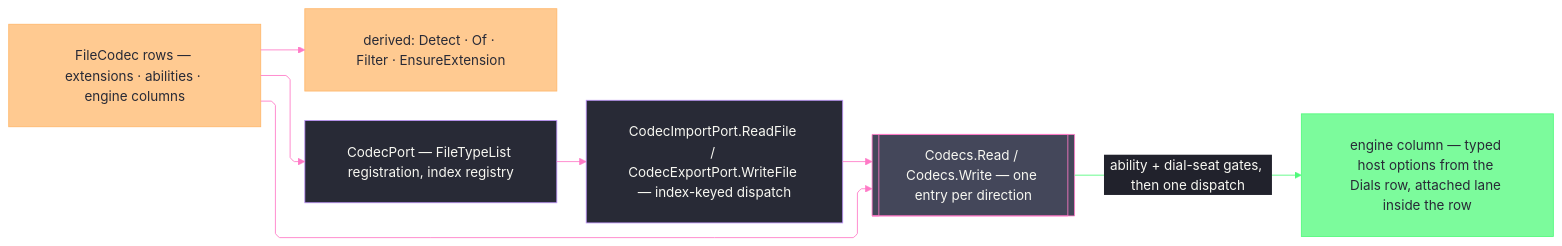
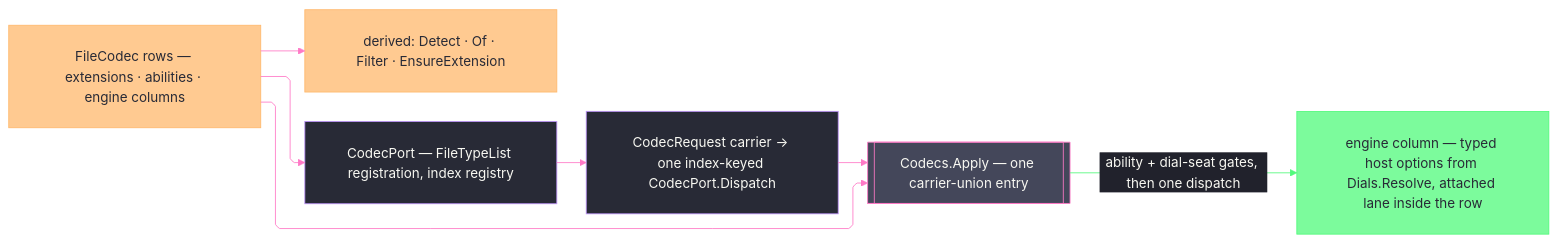
The diagram in libs/csharp/Rasm.Rhino/.planning/Exchange/formats.md (bsamiee/Rasm), drawn with Mermaid before and after one commit. The commit also changed other lines of this file and 70 other files, not shown here.

````diff
--- a/libs/csharp/Rasm.Rhino/.planning/Exchange/formats.md
+++ b/libs/csharp/Rasm.Rhino/.planning/Exchange/formats.md
@@ -455,43 +535,43 @@
 ```mermaid
 ---
 config:
   theme: base
   look: classic
   layout: elk
   flowchart:
     curve: linear
     padding: 25
   themeVariables:
     darkMode: true
     fontFamily: "SF Mono, Menlo, Cascadia Mono, Segoe UI Mono, Consolas, monospace"
     useGradient: false
     dropShadow: "none"
     background: "#282A36"
     primaryColor: "#44475A"
     primaryTextColor: "#F8F8F2"
     primaryBorderColor: "#BD93F9"
     lineColor: "#FF79C6"
     textColor: "#F8F8F2"
     edgeLabelBackground: "#21222C"
     labelBackgroundColor: "#21222C"
   themeCSS: ".nodeLabel{font-size:13px;font-weight:500}.edgeLabel{font-size:12px;font-weight:500}.cluster-label .nodeLabel{font-size:13.5px;font-weight:700;letter-spacing:.08em}.edge-thickness-normal{stroke-width:2px}.edge-thickness-thick{stroke-width:3px}.edge-pattern-dashed,.edge-pattern-dotted{stroke-width:1.5px;stroke-dasharray:4 6}.node rect,.node circle,.node polygon,.node path,.node .outer-path{stroke-width:1.5px;filter:none!important}.cluster rect{stroke-width:1px!important;stroke-dasharray:5 4!important;filter:none!important}.marker path{transform:scale(.8);transform-origin:5px 5px}.marker circle{transform:scale(.48);transform-origin:5px 5px}.edgeLabel rect{transform-box:fill-box;transform-origin:center;transform:scale(1.1,1.2)}"
 ---
 flowchart LR
     accTitle: Codec matrix dispatch topology
-    accDescr: FileCodec rows feed derived lookup surfaces, the two directional entries with their ability and dial-seat gates, and the host dialog port whose index-keyed callbacks route back onto the same entries.
+    accDescr: FileCodec rows feed derived lookup surfaces, one carrier-union entry with ability and dial-seat gates, and the host dialog port whose callbacks route back onto that entry.
     Rows["FileCodec rows — extensions · abilities · engine columns"] --> Lookup["derived: Detect · Of · Filter · EnsureExtension"]
-    Rows --> Entry[["Codecs.Read / Codecs.Write — one entry per direction"]]
-    Entry -->|ability + dial-seat gates, then one dispatch| Direct["engine column — typed host options from the Dials row, attached lane inside the row"]
+    Rows --> Entry[["Codecs.Apply — one carrier-union entry"]]
+    Entry -->|ability + dial-seat gates, then one dispatch| Direct["engine column — typed host options from Dials.Resolve, attached lane inside the row"]
     Rows --> Port["CodecPort — FileTypeList registration, index registry"]
-    Port --> Dialog["CodecImportPort.ReadFile / CodecExportPort.WriteFile — index-keyed dispatch"]
+    Port --> Dialog["CodecRequest carrier → one index-keyed CodecPort.Dispatch"]
     Dialog --> Entry
     linkStyle 2 stroke:#50FA7B,color:#F8F8F2
     classDef primary fill:#44475A,stroke:#FF79C6,color:#F8F8F2
     classDef success fill:#50FA7BBF,stroke:#50FA7B,color:#282A36
     classDef data fill:#FFB86CBF,stroke:#FFB86C,color:#282A36
     classDef boundary fill:#282A36,stroke:#BD93F9,color:#F8F8F2
     class Entry primary
     class Direct success
     class Rows,Lookup data
     class Port,Dialog boundary
 ```
````
